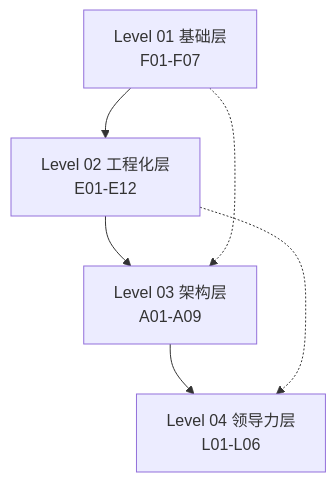
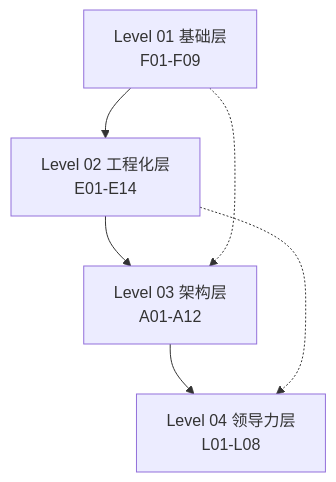
Before and after one commit to rendongping/jgs: the first of 5 diagrams in docs/learning-path/01-knowledge-dependency-map.md, drawn with Mermaid. The commit also changed other lines of this file and 95 other files, not shown here.

````diff
--- a/docs/learning-path/01-knowledge-dependency-map.md
+++ b/docs/learning-path/01-knowledge-dependency-map.md
@@ -18,13 +18,13 @@
 ```mermaid
 graph TD
-    L1[Level 01 基础层<br/>F01-F07]
-    L2[Level 02 工程化层<br/>E01-E12]
-    L3[Level 03 架构层<br/>A01-A09]
-    L4[Level 04 领导力层<br/>L01-L06]
+    L1[Level 01 基础层<br/>F01-F09]
+    L2[Level 02 工程化层<br/>E01-E14]
+    L3[Level 03 架构层<br/>A01-A12]
+    L4[Level 04 领导力层<br/>L01-L08]
 
     L1 --> L2
     L2 --> L3
     L3 --> L4
     L1 -.-> L3
     L2 -.-> L4
 ```
````
